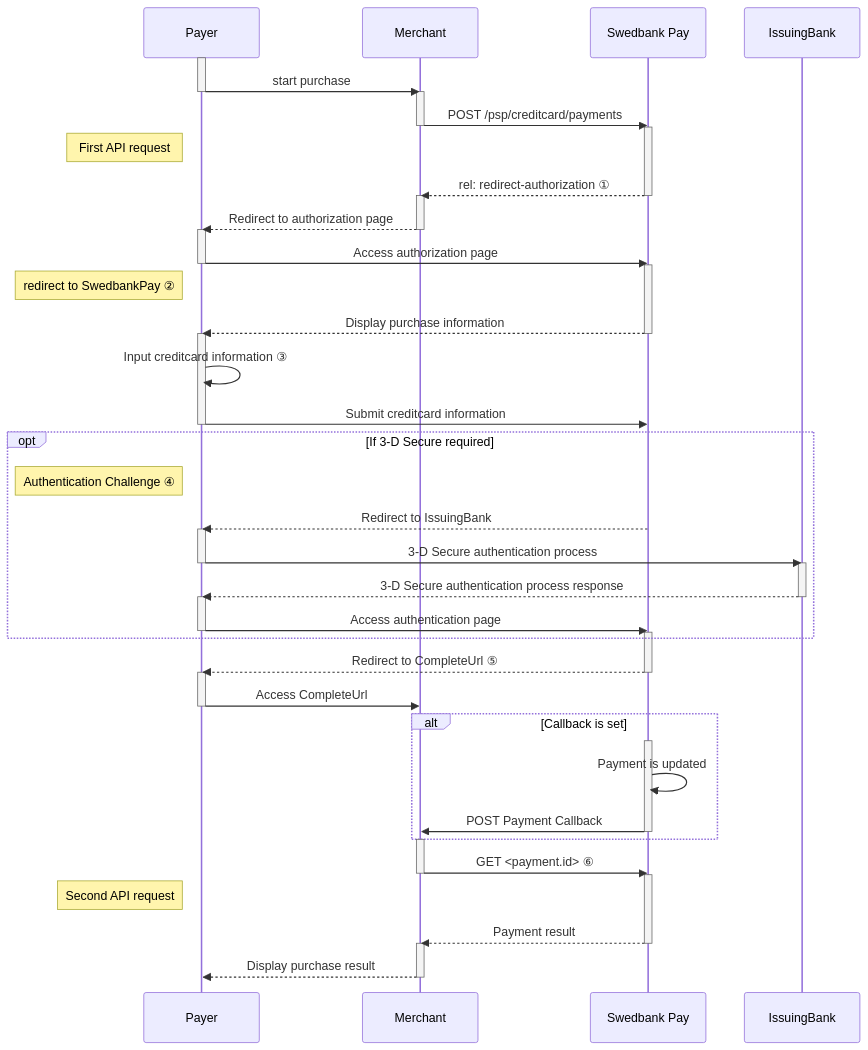
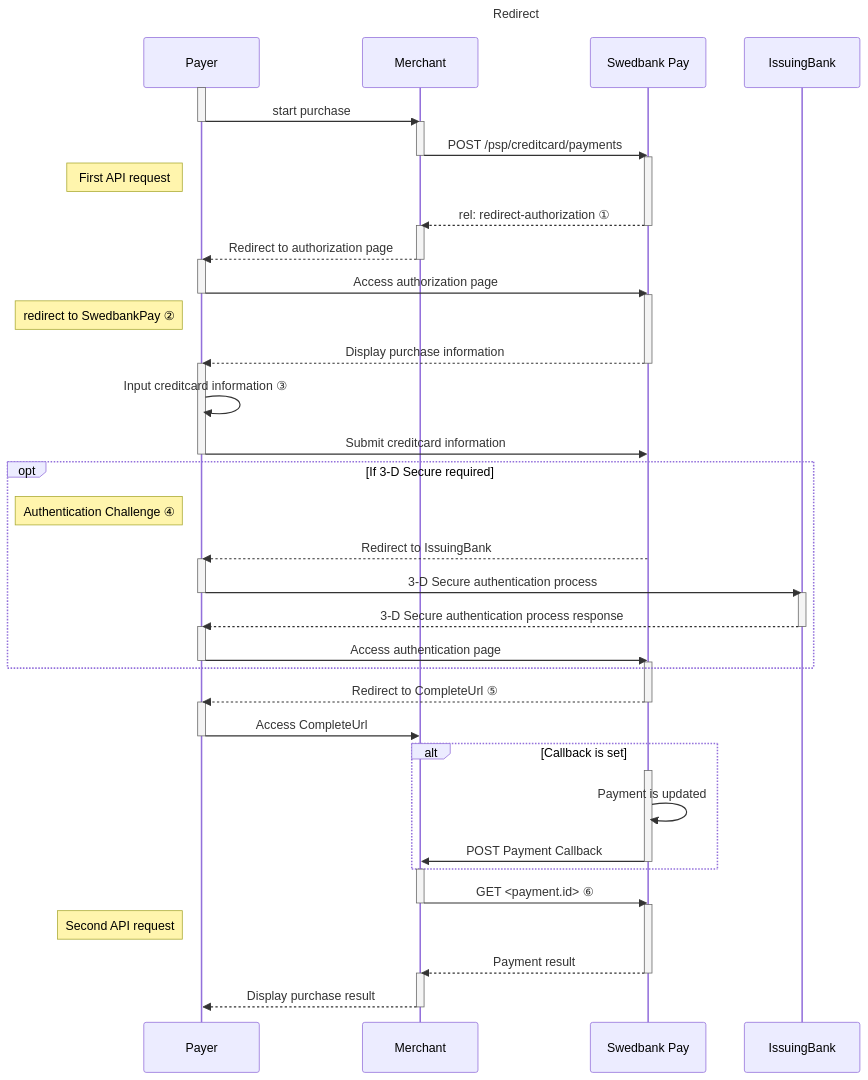
The diagram in old-implementations/payment-instruments-v1/card/redirect.md (SwedbankPay/developer.swedbankpay.com), drawn with Mermaid before and after one commit. The commit also changed 66 other files, not shown here.

Commit message:
Added titles in sequence diagrams

````diff
--- a/old-implementations/payment-instruments-v1/card/redirect.md
+++ b/old-implementations/payment-instruments-v1/card/redirect.md
@@ -76,54 +76,55 @@
 ```mermaid
 sequenceDiagram
+title: Redirect
     participant Payer
     participant Merchant
     participant SwedbankPay as Swedbank Pay
 
     activate Payer
     Payer->>-Merchant: start purchase
     activate Merchant
     Merchant->>-SwedbankPay: POST /psp/creditcard/payments
     activate SwedbankPay
     note left of Payer: First API request
     SwedbankPay-->>-Merchant: rel: redirect-authorization ①
     activate Merchant
     Merchant-->>-Payer: Redirect to authorization page
     activate Payer
     Payer->>-SwedbankPay: Access authorization page
     activate SwedbankPay
     note left of Payer: redirect to SwedbankPay ②
     SwedbankPay-->>-Payer: Display purchase information
     activate Payer
     Payer->>Payer: Input creditcard information ③
     Payer->>-SwedbankPay: Submit creditcard information
 
         opt If 3-D Secure required
         note left of Payer: Authentication Challenge ④
         SwedbankPay-->>Payer: Redirect to IssuingBank
         activate Payer
         Payer->>-IssuingBank: 3-D Secure authentication process
         activate IssuingBank
         IssuingBank-->>-Payer: 3-D Secure authentication process response
         activate Payer
         Payer->>-SwedbankPay: Access authentication page
         activate SwedbankPay
         end
 
     SwedbankPay-->>-Payer: Redirect to CompleteUrl ⑤
     activate Payer
     Payer->>-Merchant: Access CompleteUrl
 
         alt Callback is set
         activate SwedbankPay
         SwedbankPay->>SwedbankPay: Payment is updated
         SwedbankPay->>-Merchant: POST Payment Callback
         end
 
     activate Merchant
     Merchant->>-SwedbankPay: GET <payment.id> ⑥
     activate SwedbankPay
     note left of Payer: Second API request
     SwedbankPay-->>-Merchant: Payment result
     activate Merchant
     Merchant-->>-Payer: Display purchase result
 ```
````
